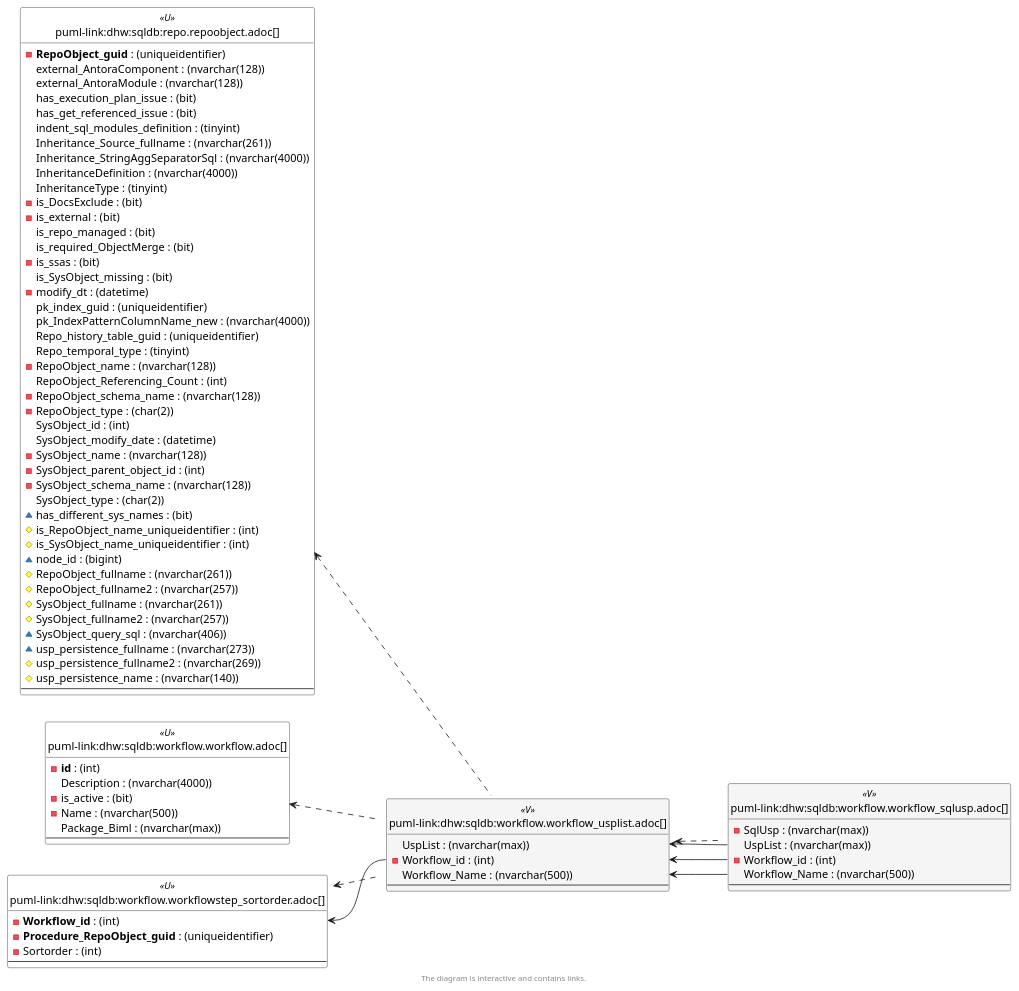
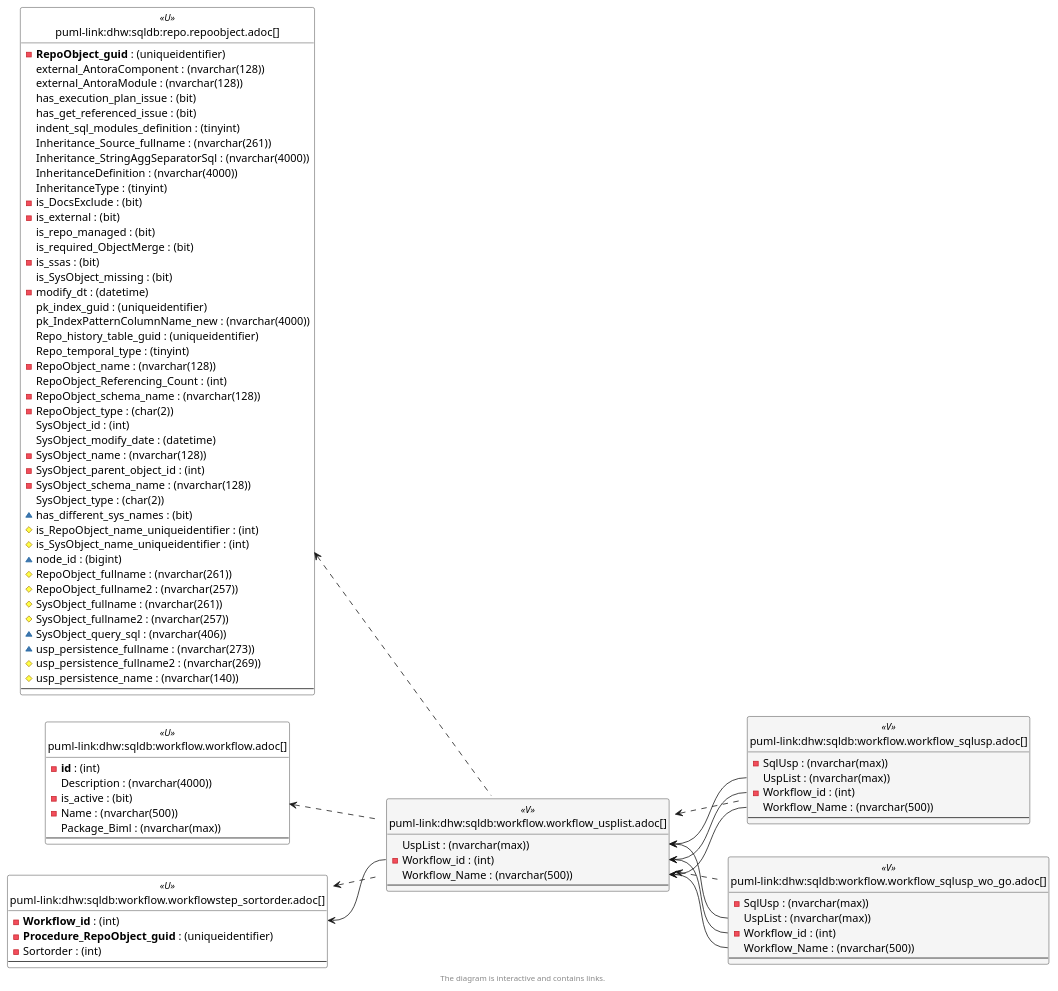
Before and after one commit to DataHandwerk/dhw-antora-sqldb: the sixth of 6 diagrams in docs/modules/sqldb/partials/content/workflow.workflow_usplist.adoc, drawn with PlantUML. The commit also changed other lines of this file and 701 other files, not shown here.

```diff
--- a/docs/modules/sqldb/partials/content/workflow.workflow_usplist.adoc
+++ b/docs/modules/sqldb/partials/content/workflow.workflow_usplist.adoc
@@ -1215,6 +1229,14 @@
   --
 }
 
+entity "puml-link:dhw:sqldb:workflow.workflow_sqlusp_wo_go.adoc[]" as workflow.Workflow_SqlUsp_wo_GO << V >> {
+  - SqlUsp : (nvarchar(max))
+  UspList : (nvarchar(max))
+  - Workflow_id : (int)
+  Workflow_Name : (nvarchar(500))
+  --
+}
+
 entity "puml-link:dhw:sqldb:workflow.workflow_usplist.adoc[]" as workflow.Workflow_UspList << V >> {
   UspList : (nvarchar(max))
   - Workflow_id : (int)
@@ -1232,10 +1254,14 @@
 repo.RepoObject <.. workflow.Workflow_UspList
 workflow.Workflow <.. workflow.Workflow_UspList
 workflow.Workflow_UspList <.. workflow.Workflow_SqlUsp
+workflow.Workflow_UspList <.. workflow.Workflow_SqlUsp_wo_GO
 workflow.WorkflowStep_Sortorder <.. workflow.Workflow_UspList
 "workflow.Workflow_UspList::UspList" <-- "workflow.Workflow_SqlUsp::UspList"
+"workflow.Workflow_UspList::UspList" <-- "workflow.Workflow_SqlUsp_wo_GO::UspList"
 "workflow.Workflow_UspList::Workflow_id" <-- "workflow.Workflow_SqlUsp::Workflow_id"
+"workflow.Workflow_UspList::Workflow_id" <-- "workflow.Workflow_SqlUsp_wo_GO::Workflow_id"
 "workflow.Workflow_UspList::Workflow_Name" <-- "workflow.Workflow_SqlUsp::Workflow_Name"
+"workflow.Workflow_UspList::Workflow_Name" <-- "workflow.Workflow_SqlUsp_wo_GO::Workflow_Name"
 "workflow.WorkflowStep_Sortorder::Workflow_id" <-- "workflow.Workflow_UspList::Workflow_id"
 
 footer The diagram is interactive and contains links.
```
